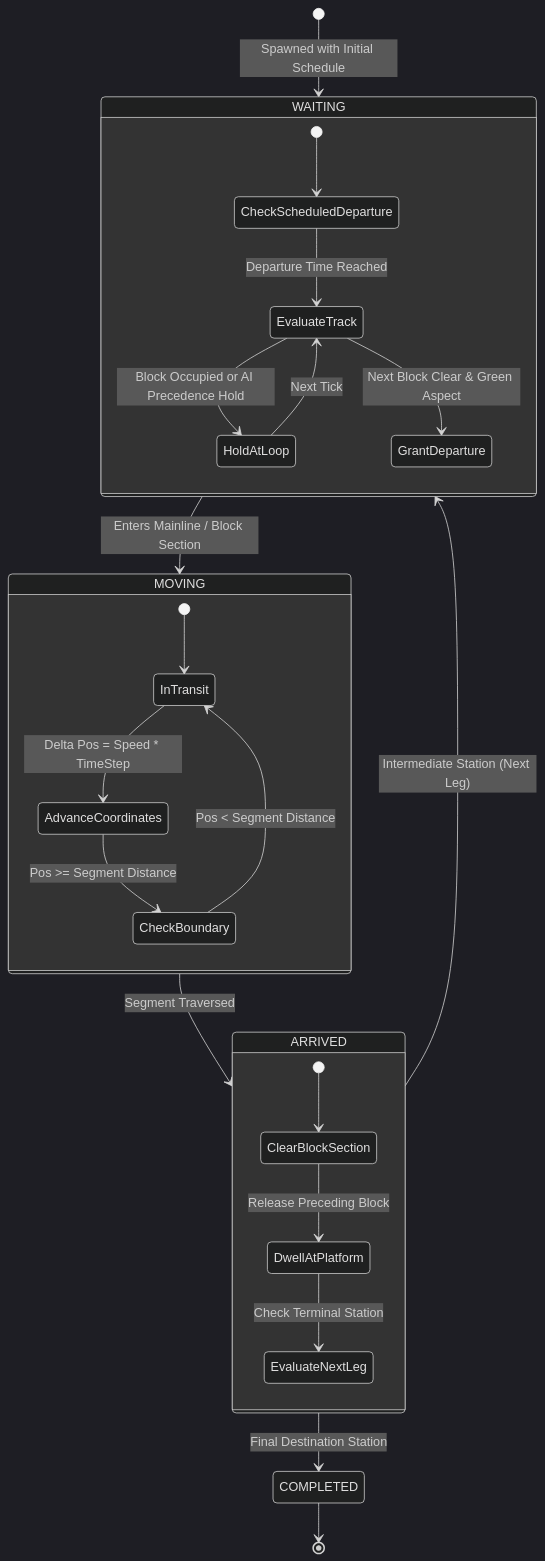
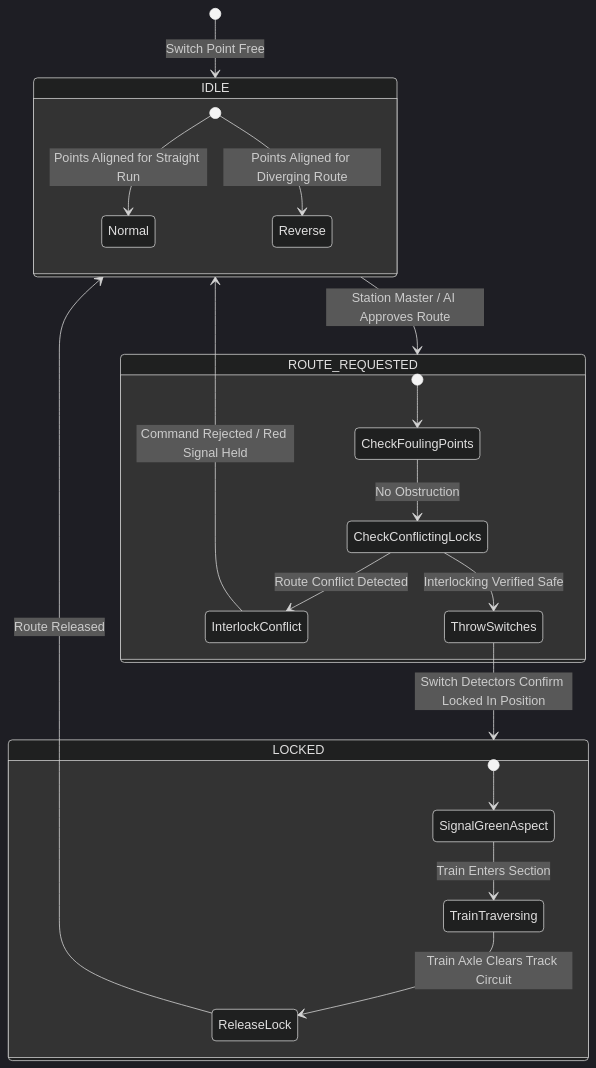
Before and after one commit to harshjsh01/Digital-Twin: the second of 3 diagrams in docs/representation.md, drawn with Mermaid (dark theme). The commit also changed other lines of this file and 11 other files, not shown here.

````diff
--- a/docs/representation.md
+++ b/docs/representation.md
@@ -9,33 +82,29 @@
 ```mermaid
 stateDiagram-v2
-    [*] --> WAITING : Spawned with Initial Schedule
+    [*] --> IDLE : Switch Point Free
+
+    state IDLE {
+        [*] --> Normal : Points Aligned for Straight Run
+        [*] --> Reverse : Points Aligned for Diverging Route
+    }
+
+    IDLE --> ROUTE_REQUESTED : Station Master / AI Approves Route
     
-    state WAITING {
-        [*] --> CheckScheduledDeparture
-        CheckScheduledDeparture --> EvaluateTrack : Departure Time Reached
-        EvaluateTrack --> HoldAtLoop : Block Occupied or AI Precedence Hold
-        HoldAtLoop --> EvaluateTrack : Next Tick
-        EvaluateTrack --> GrantDeparture : Next Block Clear & Green Aspect
+    state ROUTE_REQUESTED {
+        [*] --> CheckFoulingPoints
+        CheckFoulingPoints --> CheckConflictingLocks : No Obstruction
+        CheckConflictingLocks --> InterlockConflict : Route Conflict Detected
+        CheckConflictingLocks --> ThrowSwitches : Interlocking Verified Safe
     }
+
+    InterlockConflict --> IDLE : Command Rejected / Red Signal Held
+    ThrowSwitches --> LOCKED : Switch Detectors Confirm Locked In Position
     
-    WAITING --> MOVING : Enters Mainline / Block Section
-    
-    state MOVING {
-        [*] --> InTransit
-        InTransit --> AdvanceCoordinates : Delta Pos = Speed * TimeStep
-        AdvanceCoordinates --> CheckBoundary : Pos >= Segment Distance
-        CheckBoundary --> InTransit : Pos < Segment Distance
+    state LOCKED {
+        [*] --> SignalGreenAspect
+        SignalGreenAspect --> TrainTraversing : Train Enters Section
+        TrainTraversing --> ReleaseLock : Train Axle Clears Track Circuit
     }
-    
-    MOVING --> ARRIVED : Segment Traversed
-    
-    state ARRIVED {
-        [*] --> ClearBlockSection
-        ClearBlockSection --> DwellAtPlatform : Release Preceding Block
-        DwellAtPlatform --> EvaluateNextLeg : Check Terminal Station
-    }
-    
-    ARRIVED --> WAITING : Intermediate Station (Next Leg)
-    ARRIVED --> COMPLETED : Final Destination Station
-    COMPLETED --> [*]
+
+    ReleaseLock --> IDLE : Route Released
 ```
````
